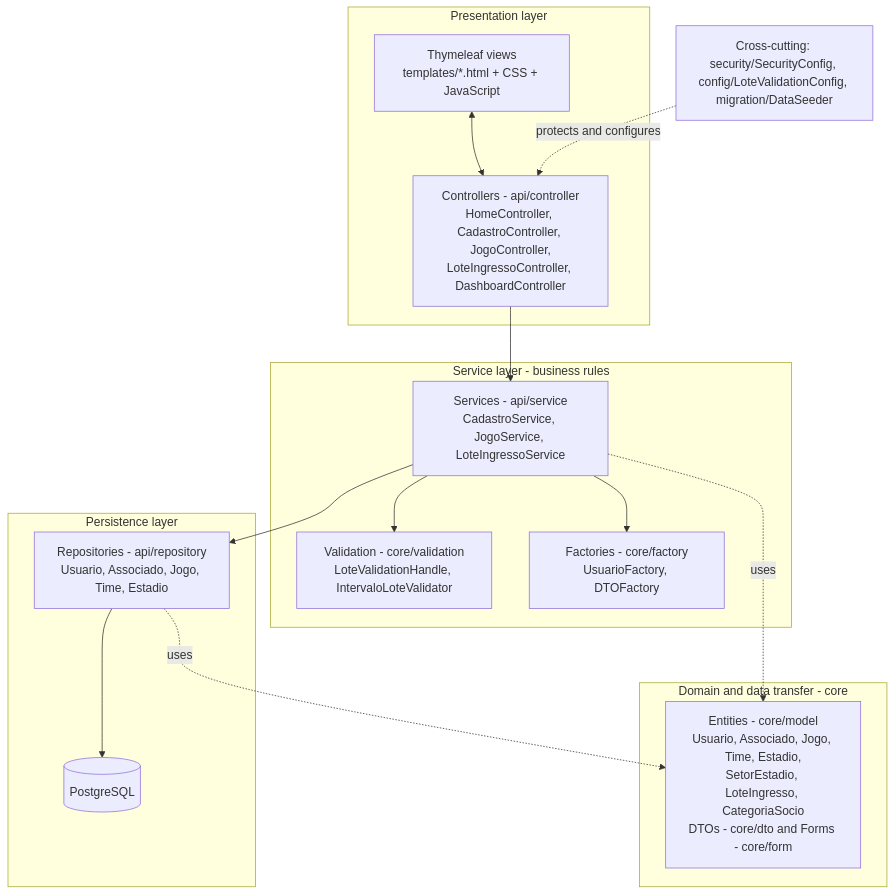
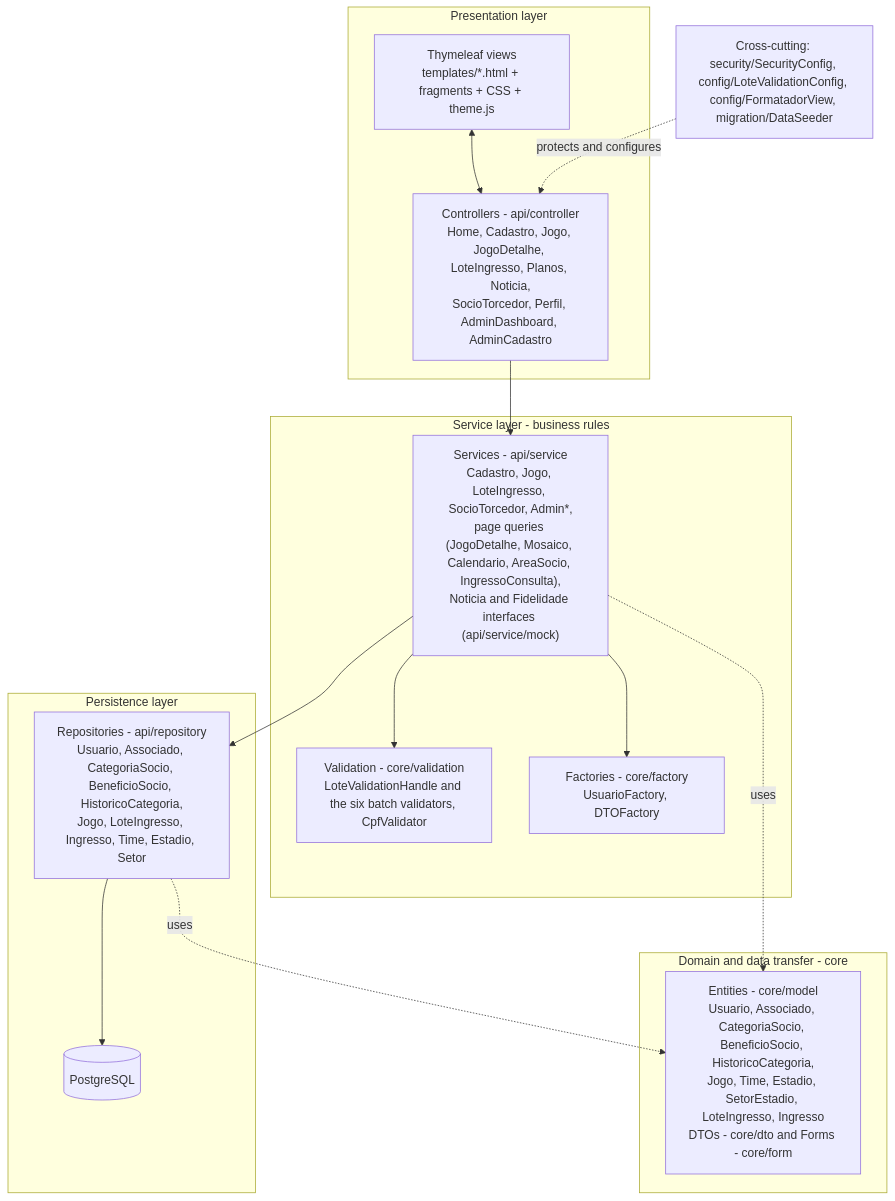
Before and after one commit to OlavoAppel/LPOO-Gestao-Socio-Torcedores: the diagram in docs/diagramas/camadas-en.mmd, drawn with Mermaid. The commit also changed 11 other files, not shown here.

```diff
--- a/docs/diagramas/camadas-en.mmd
+++ b/docs/diagramas/camadas-en.mmd
@@ -1,27 +1,27 @@
 flowchart TB
 subgraph APRES["Presentation layer"]
-  V["Thymeleaf views<br/>templates/*.html + CSS + JavaScript"]
-  C["Controllers - api/controller<br/>HomeController, CadastroController, JogoController,<br/>LoteIngressoController, DashboardController"]
+  V["Thymeleaf views<br/>templates/*.html + fragments + CSS + theme.js"]
+  C["Controllers - api/controller<br/>Home, Cadastro, Jogo, JogoDetalhe, LoteIngresso, Planos, Noticia,<br/>SocioTorcedor, Perfil, AdminDashboard, AdminCadastro"]
 end
 subgraph SERV["Service layer - business rules"]
-  S["Services - api/service<br/>CadastroService, JogoService, LoteIngressoService"]
-  VAL["Validation - core/validation<br/>LoteValidationHandle, IntervaloLoteValidator"]
+  S["Services - api/service<br/>Cadastro, Jogo, LoteIngresso, SocioTorcedor, Admin*,<br/>page queries (JogoDetalhe, Mosaico, Calendario, AreaSocio, IngressoConsulta),<br/>Noticia and Fidelidade interfaces (api/service/mock)"]
+  VAL["Validation - core/validation<br/>LoteValidationHandle and the six batch validators, CpfValidator"]
   F["Factories - core/factory<br/>UsuarioFactory, DTOFactory"]
 end
 subgraph PERS["Persistence layer"]
-  R["Repositories - api/repository<br/>Usuario, Associado, Jogo, Time, Estadio"]
+  R["Repositories - api/repository<br/>Usuario, Associado, CategoriaSocio, BeneficioSocio, HistoricoCategoria,<br/>Jogo, LoteIngresso, Ingresso, Time, Estadio, Setor"]
   DB[("PostgreSQL")]
 end
 subgraph DOM["Domain and data transfer - core"]
-  M["Entities - core/model<br/>Usuario, Associado, Jogo, Time, Estadio,<br/>SetorEstadio, LoteIngresso, CategoriaSocio<br/>DTOs - core/dto and Forms - core/form"]
+  M["Entities - core/model<br/>Usuario, Associado, CategoriaSocio, BeneficioSocio, HistoricoCategoria,<br/>Jogo, Time, Estadio, SetorEstadio, LoteIngresso, Ingresso<br/>DTOs - core/dto and Forms - core/form"]
 end
-T["Cross-cutting: security/SecurityConfig, config/LoteValidationConfig, migration/DataSeeder"]
+T["Cross-cutting: security/SecurityConfig, config/LoteValidationConfig, config/FormatadorView, migration/DataSeeder"]
 V <--> C
 C --> S
 S --> VAL
 S --> F
 S --> R
 R --> DB
 S -.uses.-> M
 R -.uses.-> M
 T -.protects and configures.-> C
```
